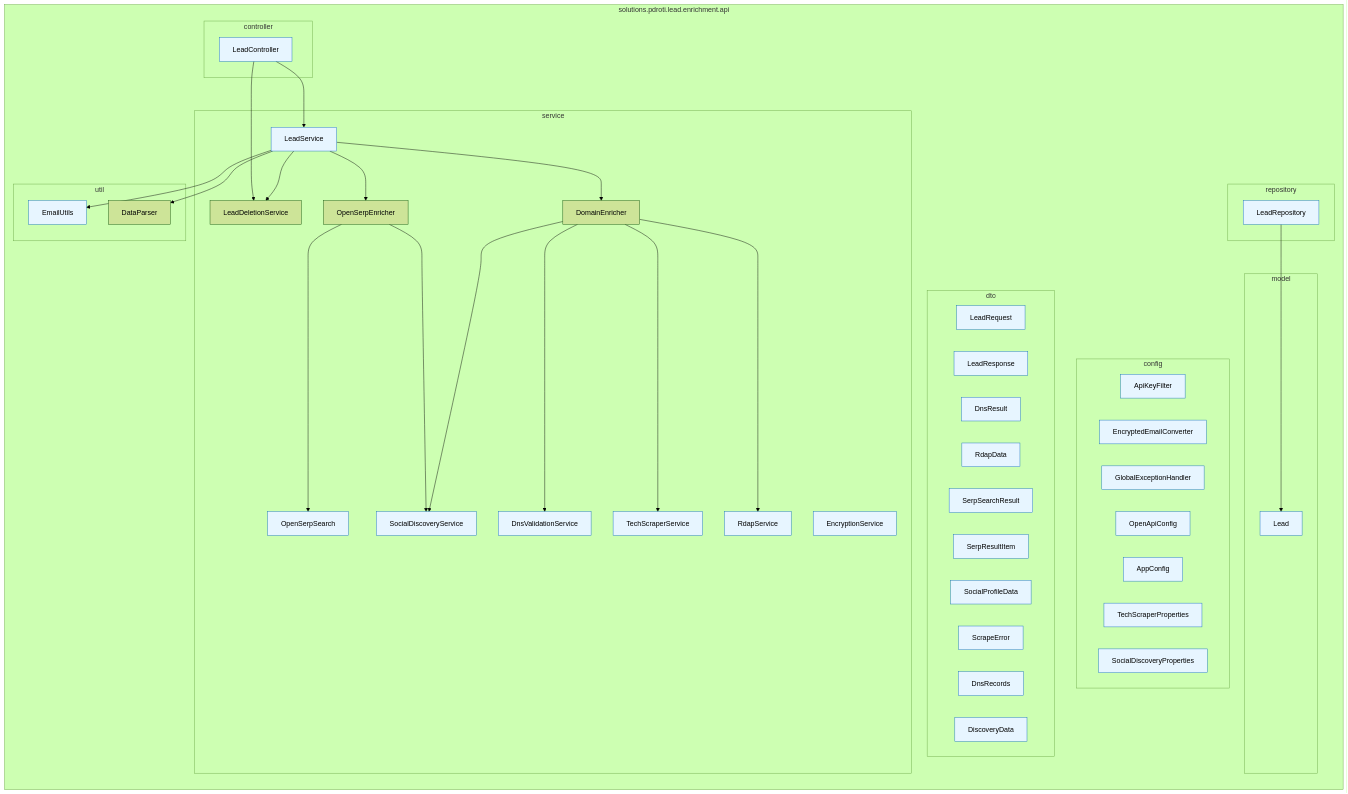
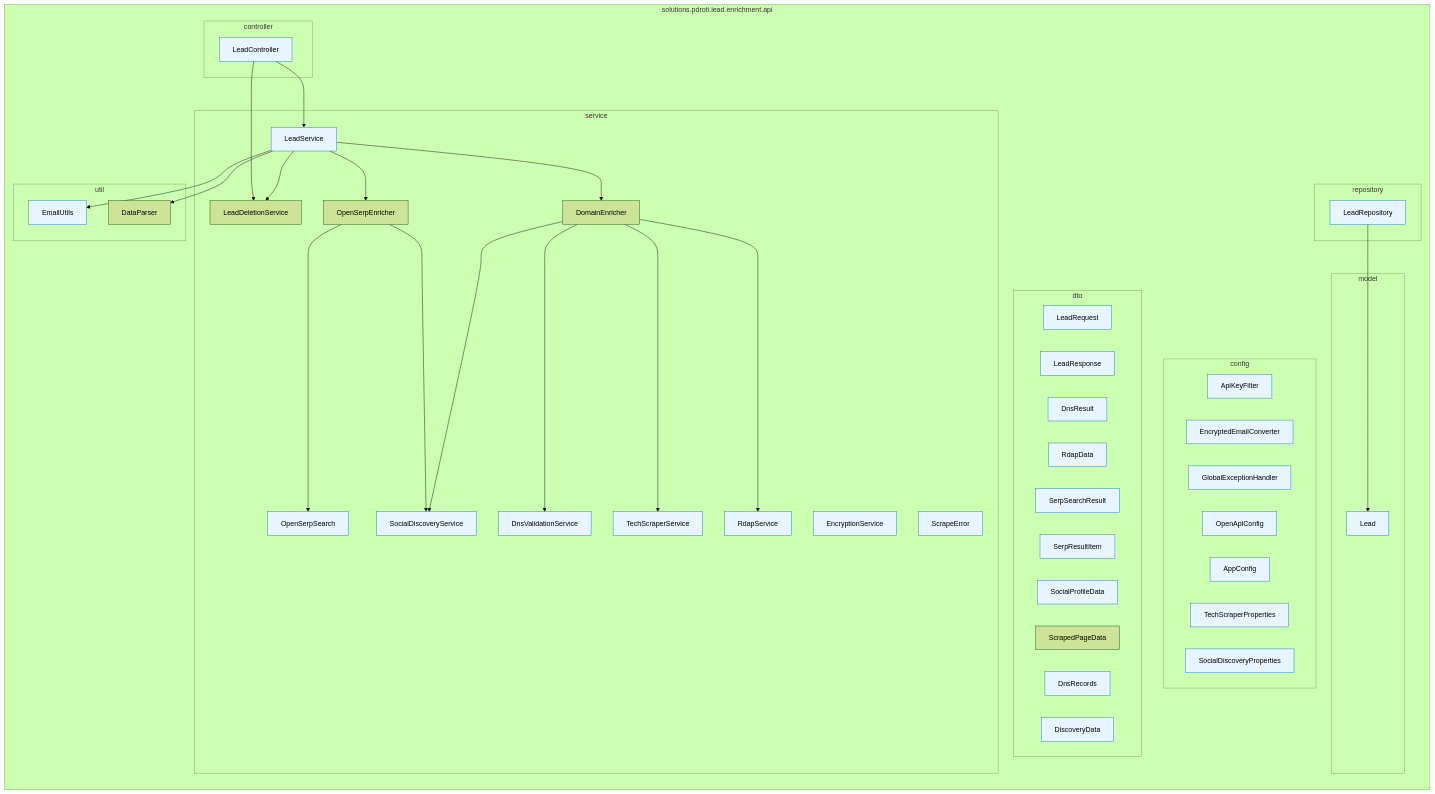
The third of 4 diagrams in docs/diagrams/mermaid-fluxo-enriquecimento.md (pdrodavi/lead-enrichment-api), drawn with Mermaid (forest theme) before and after one commit. The commit also changed 2 other files, not shown here.

Commit message:
fix mermaids

````diff
--- a/docs/diagrams/mermaid-fluxo-enriquecimento.md
+++ b/docs/diagrams/mermaid-fluxo-enriquecimento.md
@@ -85,71 +85,71 @@
 ```mermaid
 graph TB
     subgraph "solutions.pdroti.lead.enrichment.api"
         direction TB
         subgraph "config"
             AKF[ApiKeyFilter]
             EEC[EncryptedEmailConverter]
             GEH[GlobalExceptionHandler]
             OAC[OpenApiConfig]
             APP[AppConfig]
             TCP[TechScraperProperties]
             SDP[SocialDiscoveryProperties]
         end
         subgraph "controller"
             LC[LeadController]
         end
         subgraph "dto"
             LRQ[LeadRequest]
             LRS[LeadResponse]
             DR[DnsResult]
             RD[RdapData]
             SSR[SerpSearchResult]
             SRI[SerpResultItem]
             SPD[SocialProfileData]
             SCR[ScrapedPageData]
             DNR[DnsRecords]
             DCD[DiscoveryData]
         end
         subgraph "model"
             L[Lead]
         end
         subgraph "repository"
             LREPO[LeadRepository]
         end
         subgraph "service"
             LS[LeadService]
             OSE[OpenSerpEnricher]
             DE[DomainEnricher]
             LDS[LeadDeletionService]
             ES[EncryptionService]
             DNS[DnsValidationService]
             TSS[TechScraperService]
             SDS[SocialDiscoveryService]
             RS[RdapService]
             OSS[OpenSerpSearch]
-            SCR[ScrapeError]
+            SERR[ScrapeError]
         end
         subgraph "util"
             EU[EmailUtils]
             DP[DataParser]
         end
     end
     
     LC --> LS
     LC --> LDS
     LS --> OSE
     LS --> DE
     LS --> LDS
     LS --> DP
     LS --> EU
     OSE --> OSS
     OSE --> SDS
     DE --> DNS
     DE --> TSS
     DE --> SDS
     DE --> RS
     LREPO --> L
     
     classDef package fill:#e7f5ff,stroke:#1971c2,stroke-width:1px
-    class AKF,EEC,ES,GEH,OAC,APP,TCP,SDP,LC,LRQ,LRS,DR,RD,SSR,SRI,SPD,SCR,DNR,DCD,L,LREPO,LS,DNS,TSS,SDS,RS,OSS,EU package
+    class AKF,EEC,ES,GEH,OAC,APP,TCP,SDP,LC,LRQ,LRS,DR,RD,SSR,SRI,SPD,DNR,DCD,L,LREPO,LS,DNS,TSS,SDS,RS,OSS,SERR,EU package
 ```
````
